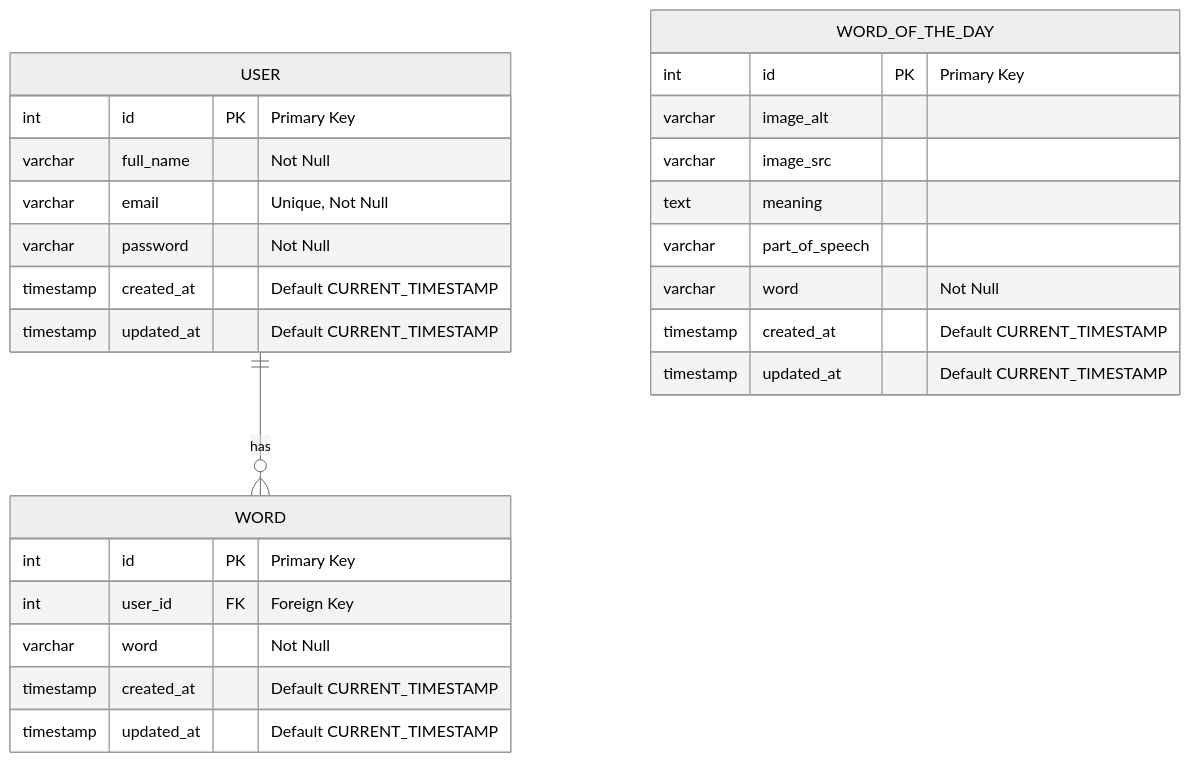
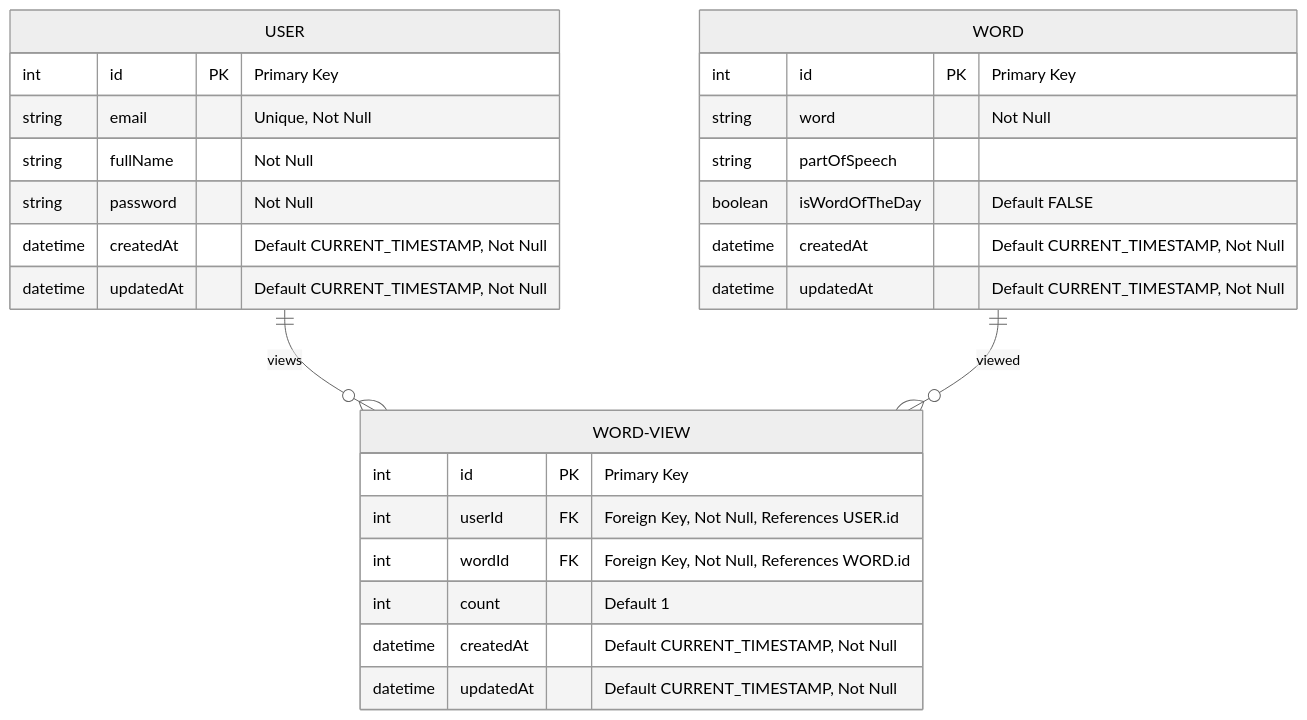
Before and after one commit to GEOFARL/online-dictionary: the diagram in README.md, drawn with Mermaid (neutral theme). The commit also changed other lines of this file and 41 other files, not shown here.

````diff
--- a/README.md
+++ b/README.md
@@ -11,32 +11,30 @@
 ```mermaid
 erDiagram
-    USER ||--o{ WORD : "has"
+    USER ||--o{ WORD-VIEW : views
+    WORD ||--o{ WORD-VIEW : viewed
     USER {
         int id PK "Primary Key"
-        varchar full_name "Not Null"
-        varchar email "Unique, Not Null"
-        varchar password "Not Null"
-        timestamp created_at "Default CURRENT_TIMESTAMP"
-        timestamp updated_at "Default CURRENT_TIMESTAMP"
+        string email "Unique, Not Null"
+        string fullName "Not Null"
+        string password "Not Null"
+        datetime createdAt "Default CURRENT_TIMESTAMP, Not Null"
+        datetime updatedAt "Default CURRENT_TIMESTAMP, Not Null"
     }
-
     WORD {
         int id PK "Primary Key"
-        int user_id FK "Foreign Key"
-        varchar word "Not Null"
-        timestamp created_at "Default CURRENT_TIMESTAMP"
-        timestamp updated_at "Default CURRENT_TIMESTAMP"
+        string word "Not Null"
+        string partOfSpeech
+        boolean isWordOfTheDay "Default FALSE"
+        datetime createdAt "Default CURRENT_TIMESTAMP, Not Null"
+        datetime updatedAt "Default CURRENT_TIMESTAMP, Not Null"
     }
-
-    WORD_OF_THE_DAY {
+    WORD-VIEW {
         int id PK "Primary Key"
-        varchar image_alt
-        varchar image_src
-        text meaning
-        varchar part_of_speech
-        varchar word "Not Null"
-        timestamp created_at "Default CURRENT_TIMESTAMP"
-        timestamp updated_at "Default CURRENT_TIMESTAMP"
+        int userId FK "Foreign Key, Not Null, References USER.id"
+        int wordId FK "Foreign Key, Not Null, References WORD.id"
+        int count "Default 1"
+        datetime createdAt "Default CURRENT_TIMESTAMP, Not Null"
+        datetime updatedAt "Default CURRENT_TIMESTAMP, Not Null"
     }
 
 ```
````
